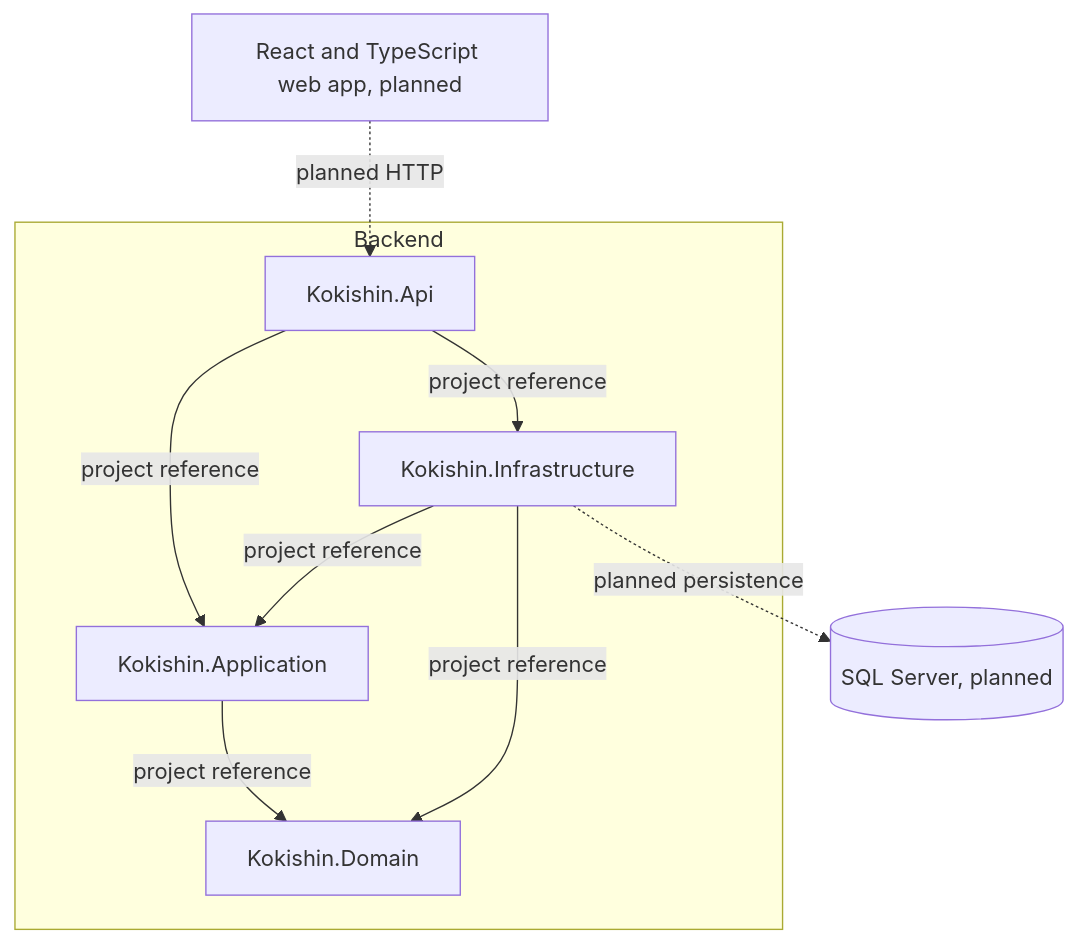
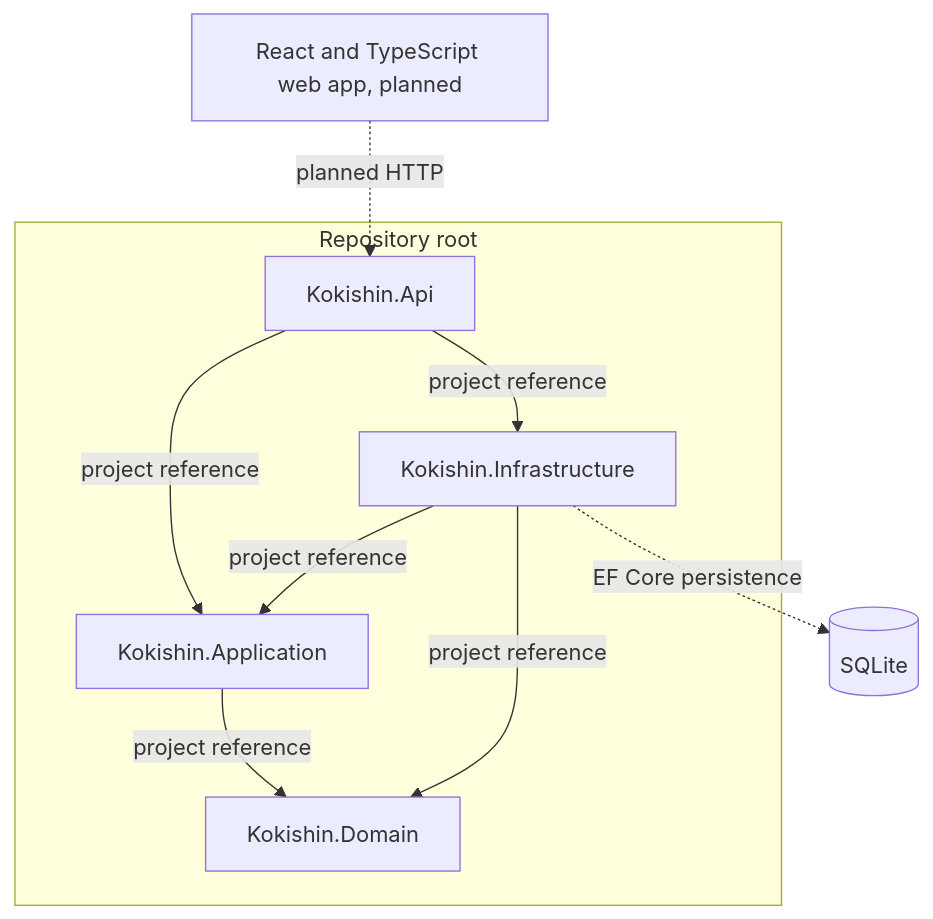
The diagram in docs/uml/component-diagram.md (ithas2bee/Kokishin), drawn with Mermaid before and after one commit. The commit also changed other lines of this file and 23 other files, not shown here.

Commit message:
Restructure solution at repository root

````diff
--- a/docs/uml/component-diagram.md
+++ b/docs/uml/component-diagram.md
@@ -7,18 +7,18 @@
 ```mermaid
 flowchart TB
     Browser[React and TypeScript web app, planned] -.->|planned HTTP| API
-    subgraph Backend
+    subgraph Repository root
         API[Kokishin.Api]
         Application[Kokishin.Application]
         Domain[Kokishin.Domain]
         Infrastructure[Kokishin.Infrastructure]
     end
-    Database[(SQL Server, planned)]
+    Database[(SQLite)]
 
     API -->|project reference| Application
     API -->|project reference| Infrastructure
     Application -->|project reference| Domain
     Infrastructure -->|project reference| Application
     Infrastructure -->|project reference| Domain
-    Infrastructure -.->|planned persistence| Database
+    Infrastructure -.->|EF Core persistence| Database
 ```
````
